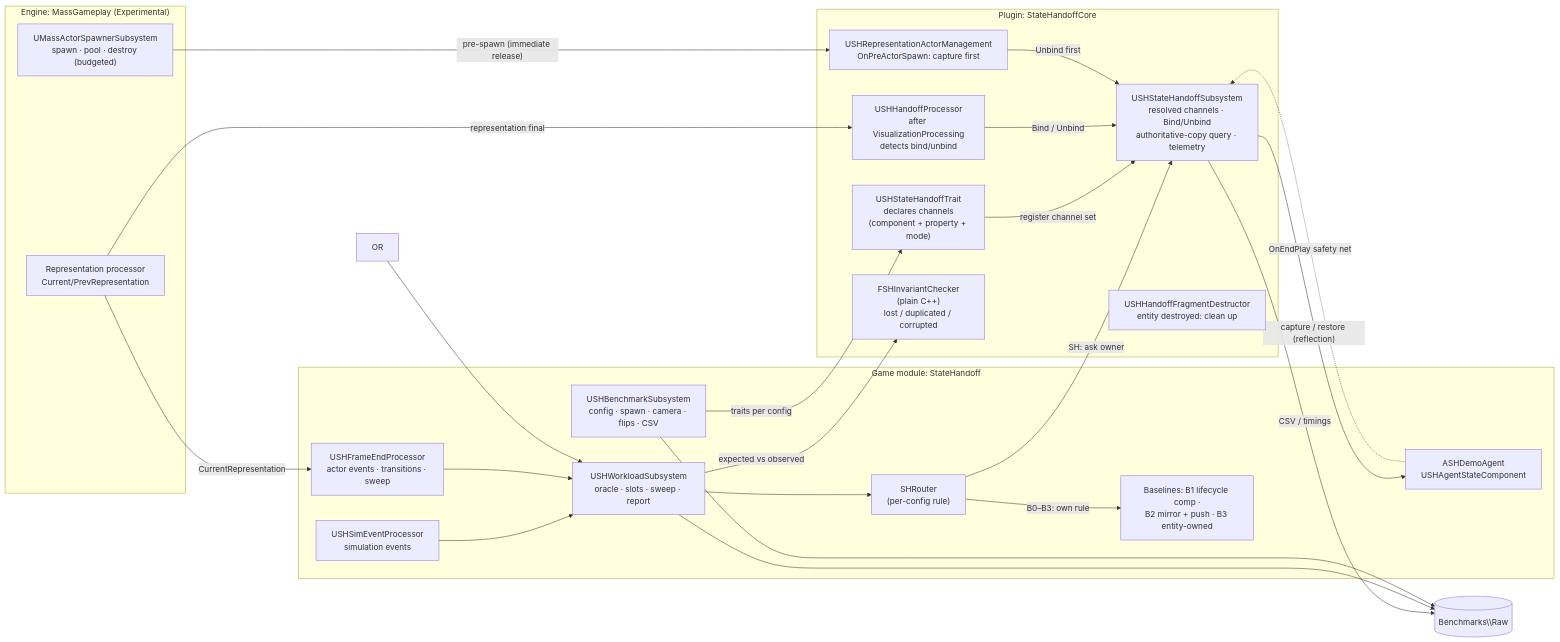
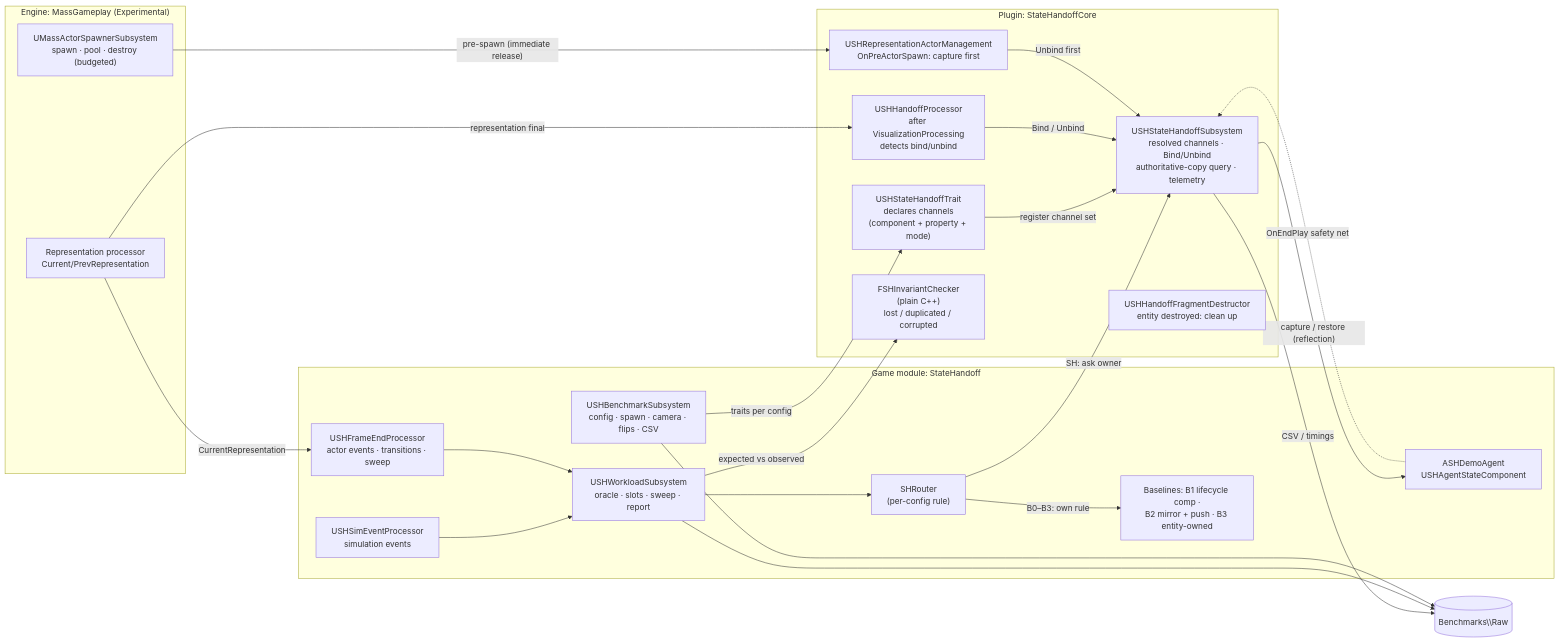
Before and after one commit to KrishGangani/UE5-StateHandoff: the first of 2 diagrams in Explanation/02_System_Architecture.md, drawn with Mermaid. The commit also changed other lines of this file and 40 other files, not shown here.

````diff
--- a/Explanation/02_System_Architecture.md
+++ b/Explanation/02_System_Architecture.md
@@ -131,43 +131,42 @@
 ```mermaid
 flowchart LR
   subgraph Core["Plugin: StateHandoffCore"]
     TR["USHStateHandoffTrait<br/>declares channels<br/>(component + property + mode)"]
     SUB["USHStateHandoffSubsystem<br/>resolved channels · Bind/Unbind<br/>authoritative-copy query · telemetry"]
     HP["USHHandoffProcessor<br/>after VisualizationProcessing<br/>detects bind/unbind"]
     AM["USHRepresentationActorManagement<br/>OnPreActorSpawn: capture first"]
     DES["USHHandoffFragmentDestructor<br/>entity destroyed: clean up"]
     CHK["FSHInvariantChecker<br/>(plain C++)<br/>lost / duplicated / corrupted"]
   end
   subgraph Mass["Engine: MassGameplay (Experimental)"]
     VIS["Representation processor<br/>Current/PrevRepresentation"]
     SPAWN["UMassActorSpawnerSubsystem<br/>spawn · pool · destroy (budgeted)"]
   end
   subgraph Game["Game module: StateHandoff"]
     DIR["USHBenchmarkSubsystem<br/>config · spawn · camera · flips · CSV"]
     WL["USHWorkloadSubsystem<br/>oracle · slots · sweep · report"]
     SIM["USHSimEventProcessor<br/>simulation events"]
     FE["USHFrameEndProcessor<br/>actor events · transitions · sweep"]
     RT["SHRouter<br/>(per-config rule)"]
     AG["ASHDemoAgent<br/>USHAgentStateComponent"]
     BL["Baselines: B1 lifecycle comp ·<br/>B2 mirror + push · B3 entity-owned"]
   end
   DIR -->|"traits per config"| TR
   TR -->|"register channel set"| SUB
   VIS -->|"representation final"| HP
   HP -->|"Bind / Unbind"| SUB
   SPAWN -->|"pre-spawn (immediate release)"| AM
   AM -->|"Unbind first"| SUB
   SUB -->|"capture / restore (reflection)"| AG
   AG -.->|"OnEndPlay safety net"| SUB
   SIM --> WL
   FE --> WL
   VIS -->|"CurrentRepresentation"| FE
   WL --> RT
   RT -->|"SH: ask owner"| SUB
   RT -->|"B0–B3: own rule"| BL
   WL -->|"expected vs observed"| CHK
-  OR --> WL
   SUB -->|"CSV / timings"| OUT[("Benchmarks\\Raw")]
   WL --> OUT
   DIR --> OUT
 ```
````
